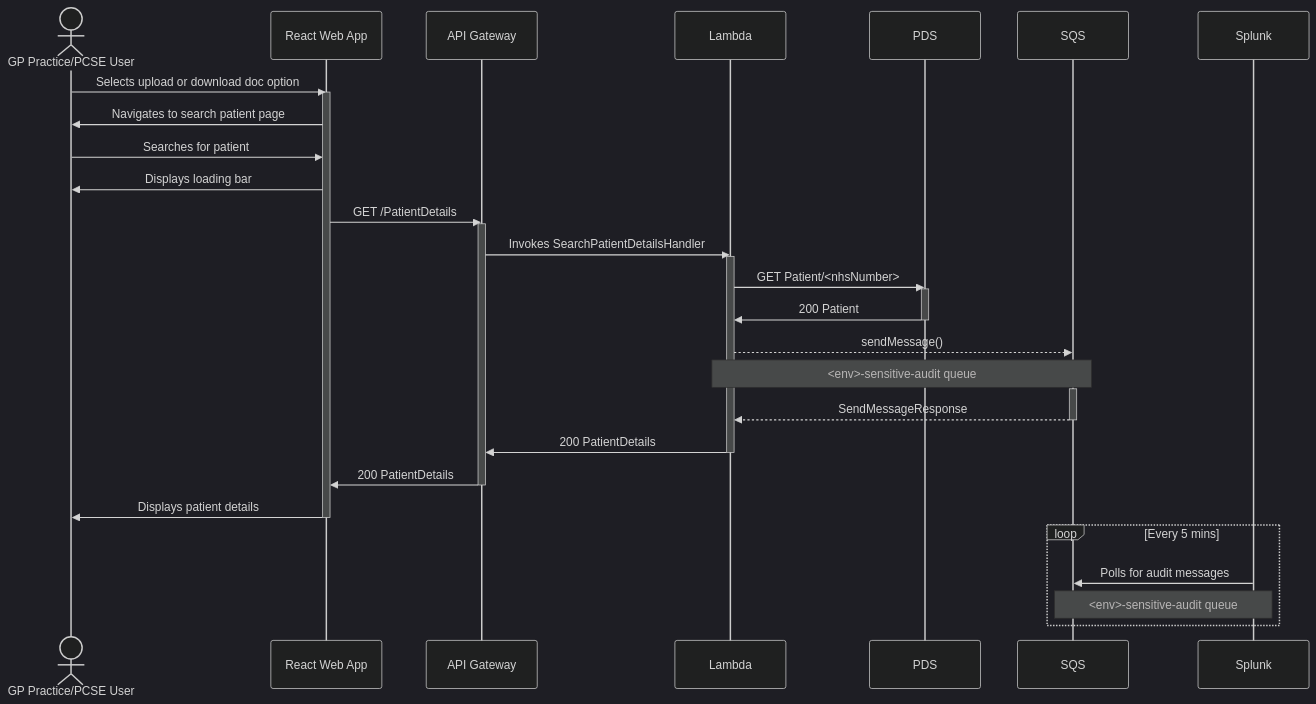
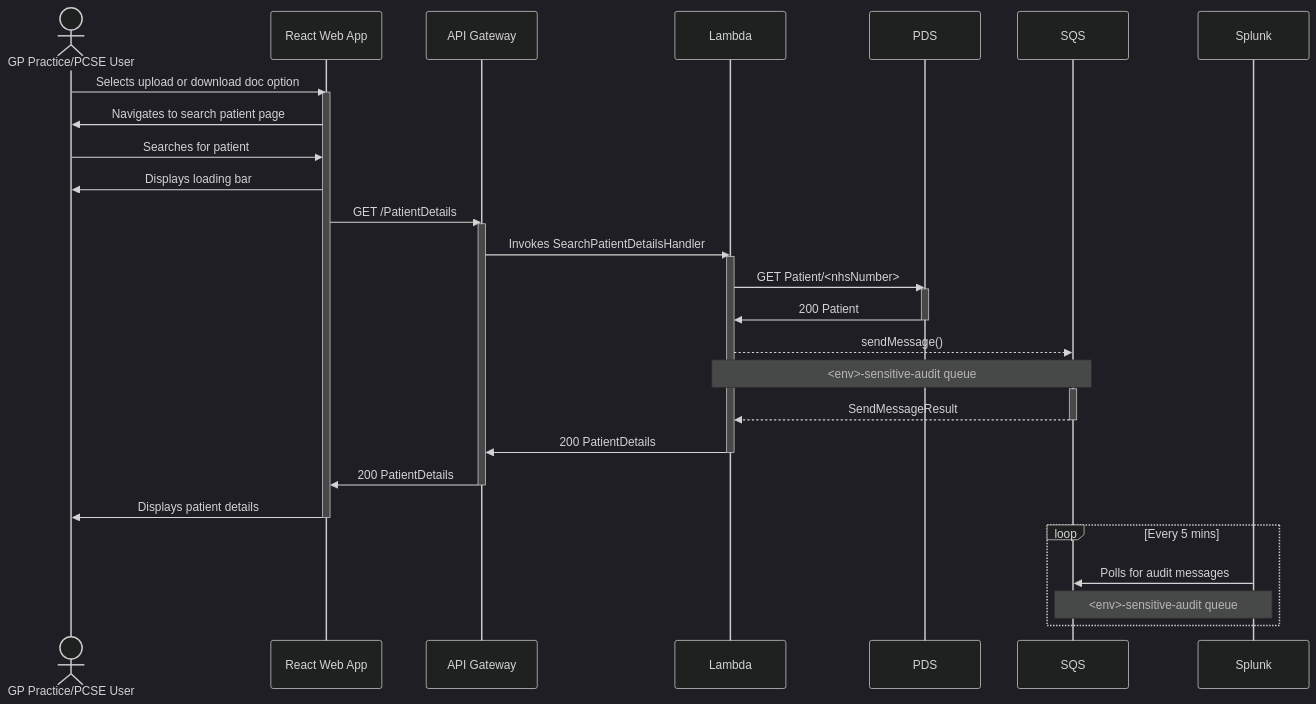
One commit to nhsconnect/document-store-prototype changed the diagram in docs/diagrams/sequence/search-patient-details.md. Above: the diagram before and after it, drawn with Mermaid (dark theme). The commit also changed other lines of this file and 4 other files, not shown here.

Commit message:
[PRMT-3138] Format Mermaid code

````diff
--- a/docs/diagrams/sequence/search-patient-details.md
+++ b/docs/diagrams/sequence/search-patient-details.md
@@ -8,32 +10,32 @@
 ```mermaid
 sequenceDiagram
     actor GP Practice/PCSE User
     GP Practice/PCSE User ->> React Web App: Selects upload or download doc option
     activate React Web App
     React Web App ->> GP Practice/PCSE User: Navigates to search patient page
     GP Practice/PCSE User ->> React Web App: Searches for patient
     React Web App ->> GP Practice/PCSE User: Displays loading bar
     React Web App ->> API Gateway: GET /PatientDetails
     activate API Gateway
     API Gateway ->> Lambda: Invokes SearchPatientDetailsHandler
     activate Lambda
     Lambda ->> PDS: GET Patient/<nhsNumber>
     activate PDS
     PDS ->> Lambda: 200 Patient
     deactivate PDS
     Lambda -->> SQS: sendMessage()
     Note over Lambda, SQS: <env>-sensitive-audit queue
     activate SQS
-    SQS -->> Lambda: SendMessageResponse
+    SQS -->> Lambda: SendMessageResult
     deactivate SQS
     Lambda ->> API Gateway: 200 PatientDetails
     deactivate Lambda
     API Gateway ->> React Web App: 200 PatientDetails
     deactivate API Gateway
     React Web App ->> GP Practice/PCSE User: Displays patient details
     deactivate React Web App
     loop Every 5 mins
         Splunk ->> SQS: Polls for audit messages
         Note over Splunk, SQS: <env>-sensitive-audit queue
     end
 ```
````
